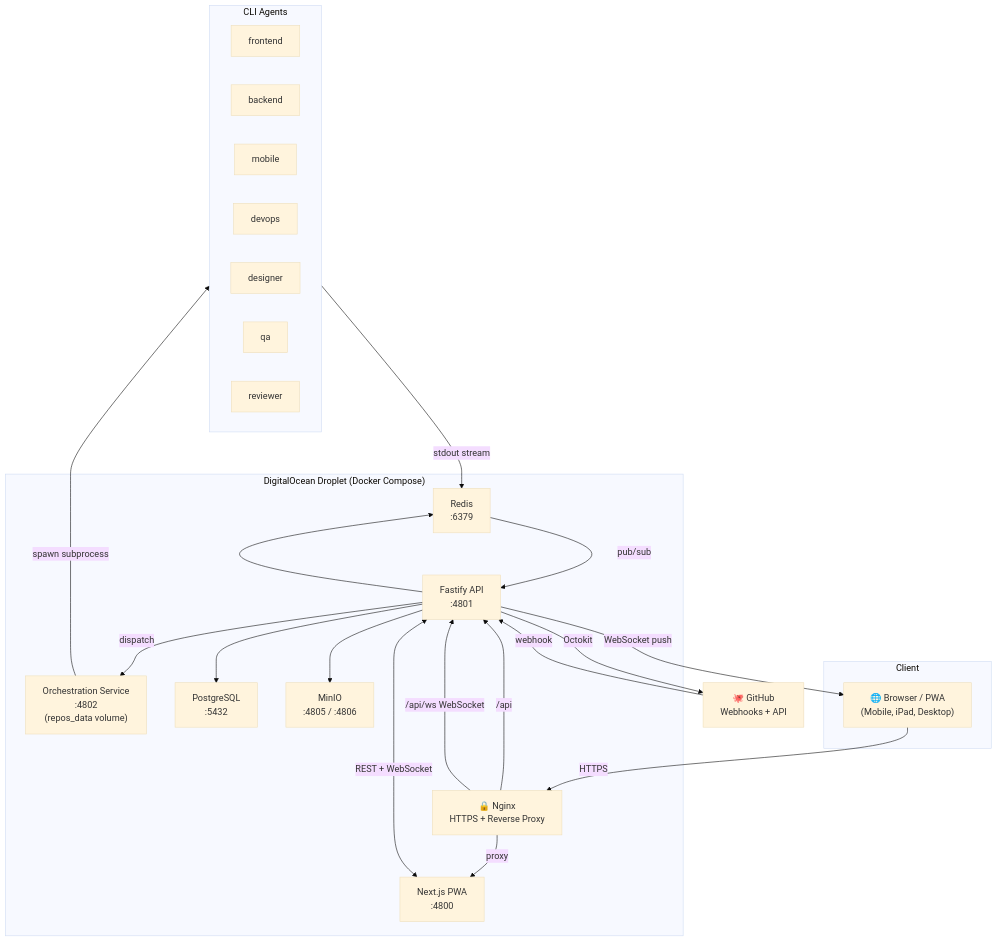
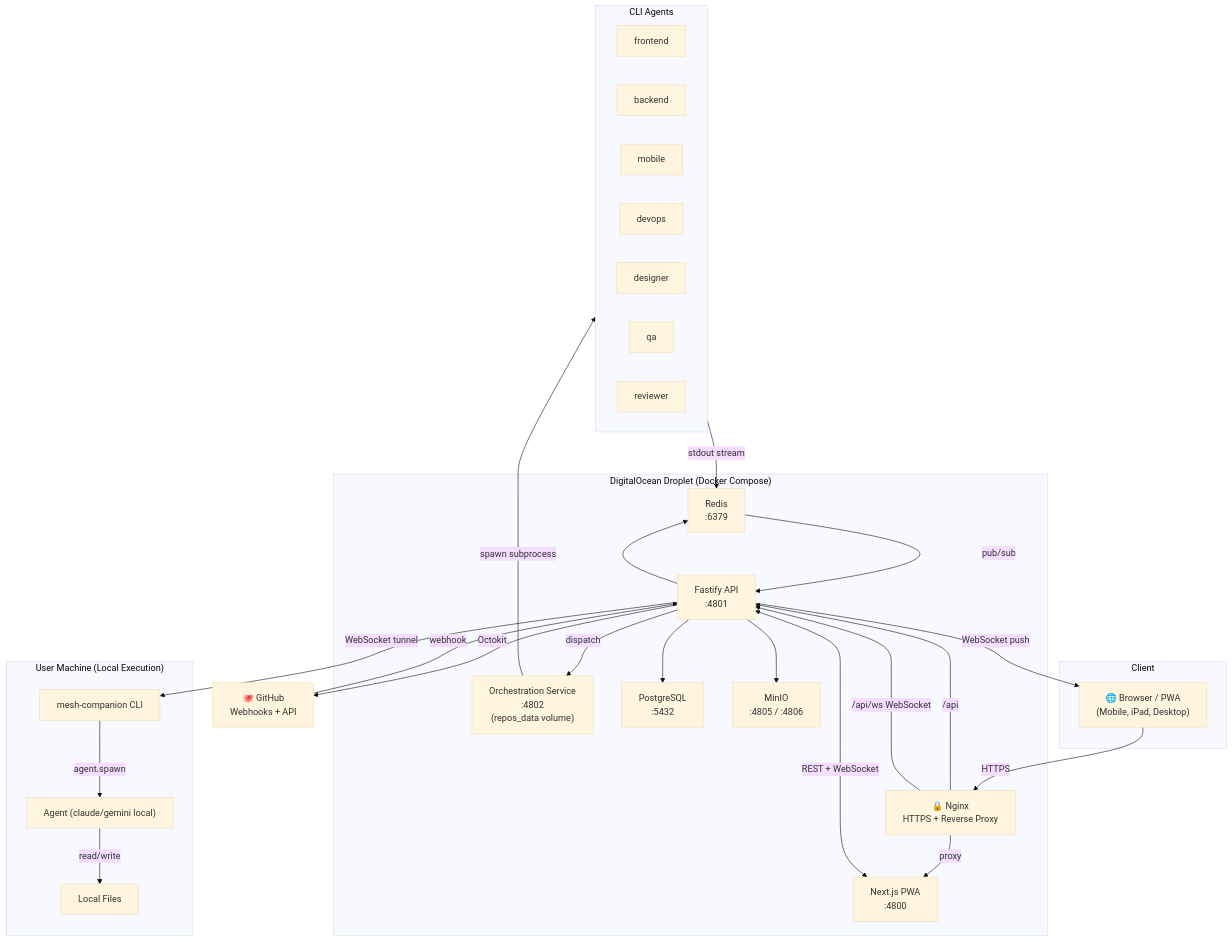
One commit to itseed/mesh-agent changed the first of 6 diagrams in README.md. Above: the diagram before and after it, drawn with Mermaid (base theme). The commit also changed other lines of this file, not shown here.

Commit message:
docs: update README with companion, local execution, folder browser

````diff
--- a/README.md
+++ b/README.md
@@ -13,47 +13,57 @@
 ```mermaid
 graph TB
     subgraph Client
         Browser["🌐 Browser / PWA\n(Mobile, iPad, Desktop)"]
     end
 
     subgraph Droplet["DigitalOcean Droplet (Docker Compose)"]
         Nginx["🔒 Nginx\nHTTPS + Reverse Proxy"]
         Web["Next.js PWA\n:4800"]
         API["Fastify API\n:4801"]
         Orch["Orchestration Service\n:4802\n(repos_data volume)"]
         DB["PostgreSQL\n:5432"]
         Redis["Redis\n:6379"]
         MinIO["MinIO\n:4805 / :4806"]
     end
 
     subgraph Agents["CLI Agents"]
         Frontend["frontend"]
         Backend["backend"]
         Mobile["mobile"]
         DevOps["devops"]
         Designer["designer"]
         QA["qa"]
         Reviewer["reviewer"]
     end
 
     GitHub["🐙 GitHub\nWebhooks + API"]
 
     Browser -->|HTTPS| Nginx
     Nginx -->|proxy| Web
     Nginx -->|/api| API
     Nginx -->|/api/ws WebSocket| API
 
     Web <-->|REST + WebSocket| API
     API --> DB
     API --> Redis
     API -->|dispatch| Orch
     API --> MinIO
 
     Orch -->|spawn subprocess| Agents
     Agents -->|stdout stream| Redis
     Redis -->|pub/sub| API
     API -->|WebSocket push| Browser
 
     GitHub -->|webhook| API
     API -->|Octokit| GitHub
+
+    subgraph Local["User Machine (Local Execution)"]
+        CompanionCLI["mesh-companion CLI"]
+        LocalAgent["Agent (claude/gemini local)"]
+        LocalFiles["Local Files"]
+    end
+
+    API -->|WebSocket tunnel| CompanionCLI
+    CompanionCLI -->|agent.spawn| LocalAgent
+    LocalAgent -->|read/write| LocalFiles
 ```
````
